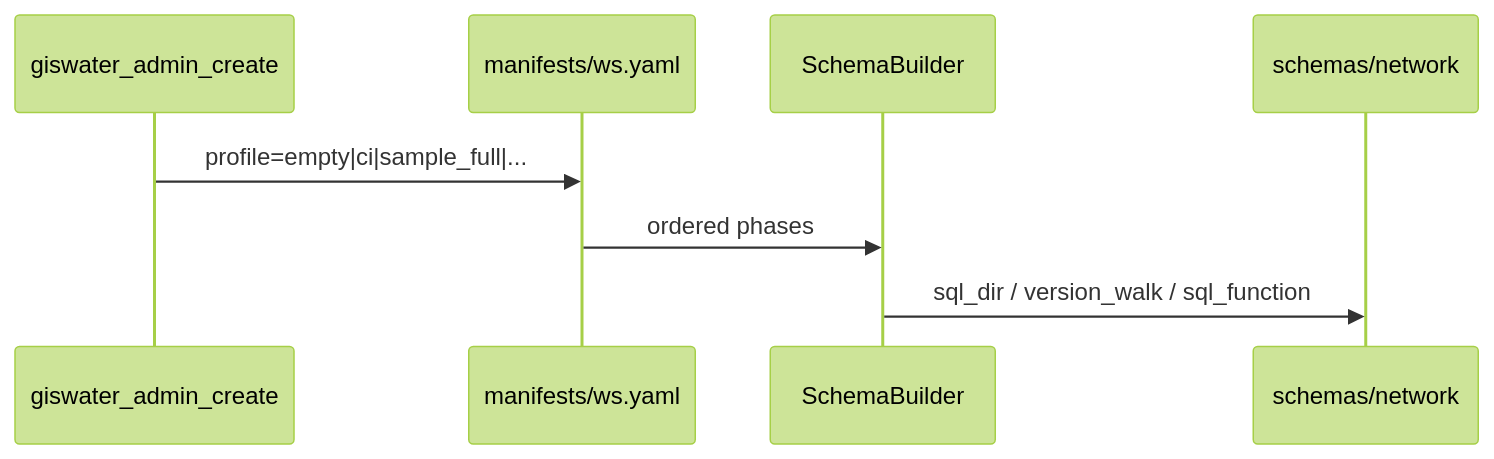
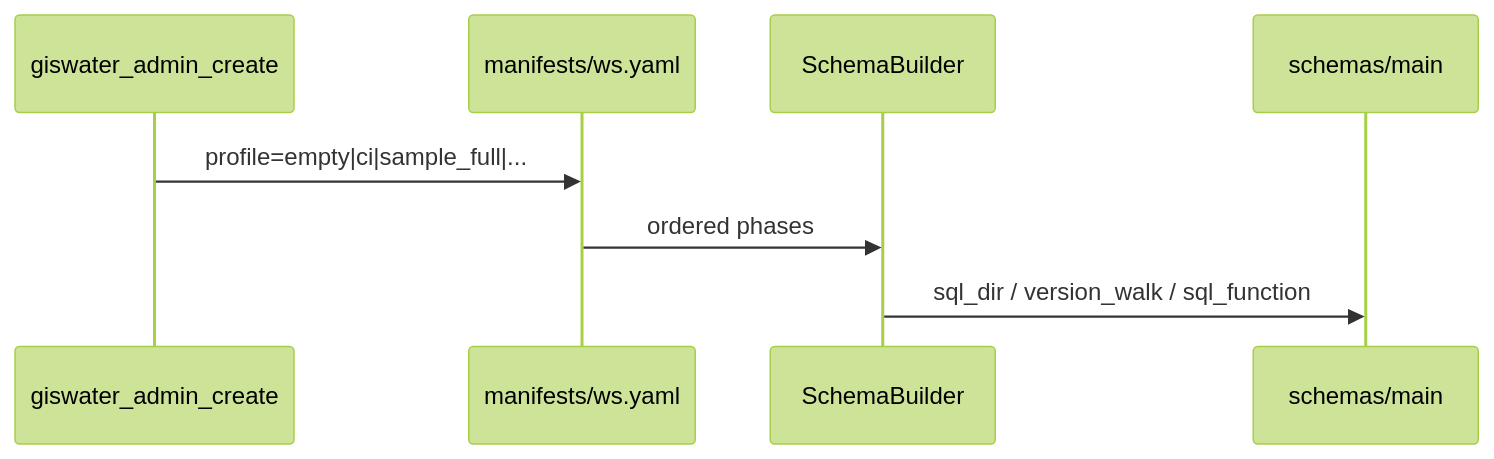
The first of 4 diagrams in dbmodel/README.md (Giswater/giswater_qgis_plugin), drawn with Mermaid (forest theme) before and after one commit. The commit also changed other lines of this file and 1 other file, not shown here.

Commit message:
docs(info, README): enhance documentation for SQL structure and folder organization in dbmodel, clarifying schema architecture and update instructions

````diff
--- a/dbmodel/README.md
+++ b/dbmodel/README.md
@@ -65,10 +79,10 @@
 ```mermaid
 sequenceDiagram
   participant CLI as giswater_admin_create
   participant M as manifests/ws.yaml
   participant B as SchemaBuilder
-  participant SQL as schemas/network
+  participant SQL as schemas/main
   CLI->>M: profile=empty|ci|sample_full|...
   M->>B: ordered phases
   B->>SQL: sql_dir / version_walk / sql_function
 ```
````
